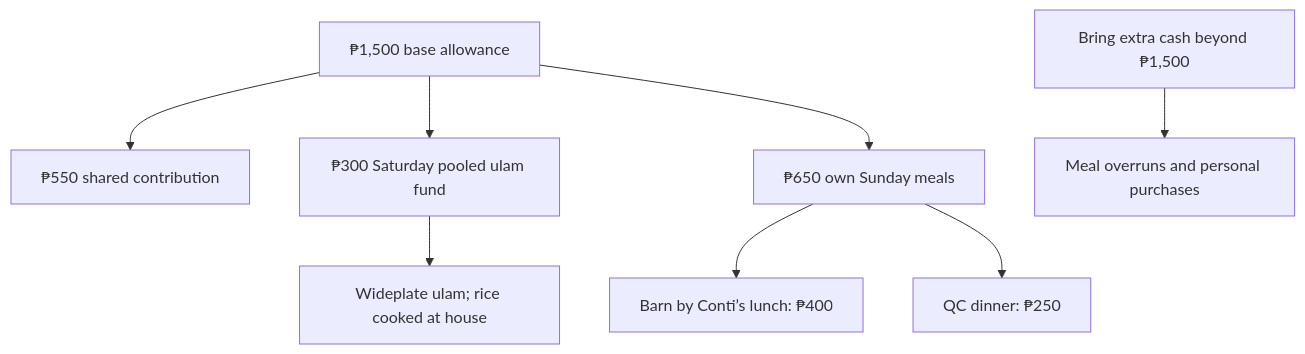
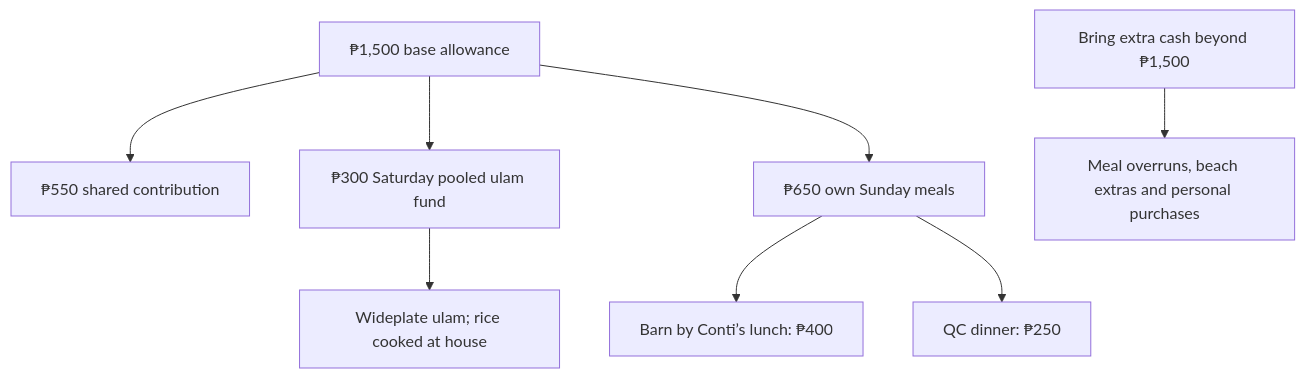
One commit to itsmcliam/Birthday-Plan changed the diagram in assets/budget.mmd. Above: the diagram before and after it, drawn with Mermaid. The commit also changed 4 other files, not shown here.

```diff
--- a/assets/budget.mmd
+++ b/assets/budget.mmd
@@ -1,8 +1,8 @@
 flowchart TD
     A["₱1,500 base allowance"] --> B["₱550 shared contribution"]
     A --> C["₱300 Saturday pooled ulam fund"]
     A --> D["₱650 own Sunday meals"]
     C --> E["Wideplate ulam; rice cooked at house"]
     D --> F["Barn by Conti’s lunch: ₱400"]
     D --> G["QC dinner: ₱250"]
-    H["Bring extra cash beyond ₱1,500"] --> I["Meal overruns and personal purchases"]
+    H["Bring extra cash beyond ₱1,500"] --> I["Meal overruns, beach extras and personal purchases"]
```
